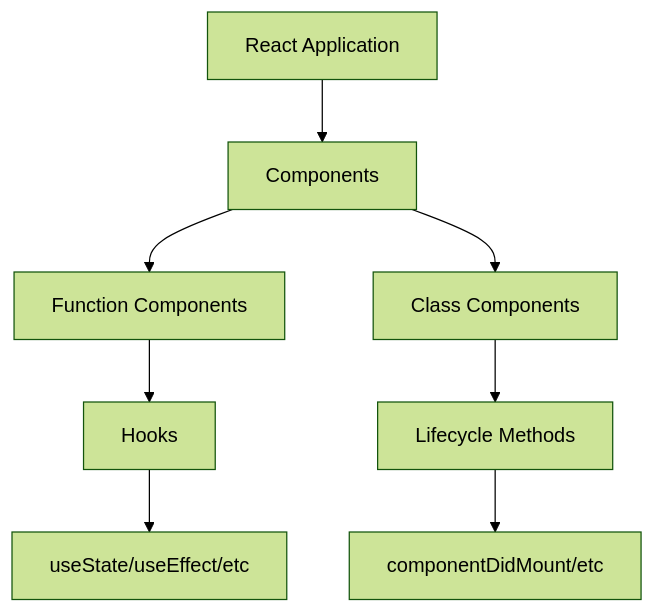
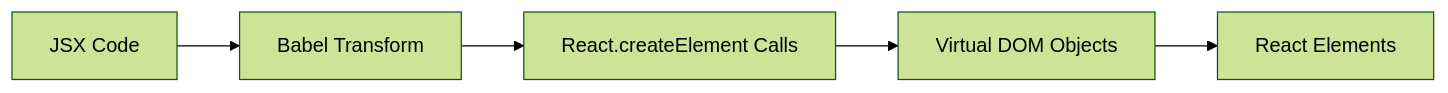
The second of 4 diagrams in apps/fe-docs/pages/interview/react/1-core-concepts.mdx (KRISACHAN/ying-web), drawn with Mermaid (forest theme) before and after one commit. The commit also changed other lines of this file and 12 other files, not shown here.

````diff
--- a/apps/fe-docs/pages/interview/react/1-core-concepts.mdx
+++ b/apps/fe-docs/pages/interview/react/1-core-concepts.mdx
@@ -23,10 +80,7 @@
 ```mermaid
-graph TD
-    A[React Application] --> B[Components]
-    B --> C[Function Components]
-    B --> D[Class Components]
-    C --> E[Hooks]
-    D --> F[Lifecycle Methods]
-    E --> G[useState/useEffect/etc]
-    F --> H[componentDidMount/etc]
+graph LR
+    A[JSX Code] --> B[Babel Transform]
+    B --> C[React.createElement Calls]
+    C --> D[Virtual DOM Objects]
+    D --> E[React Elements]
 ```
````
